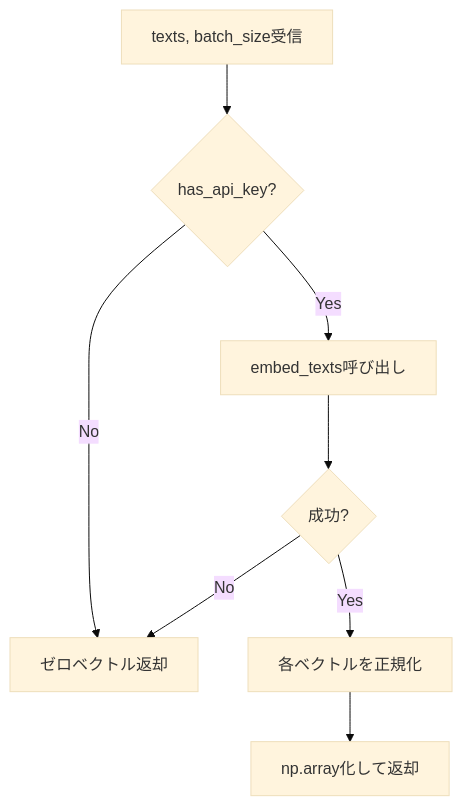
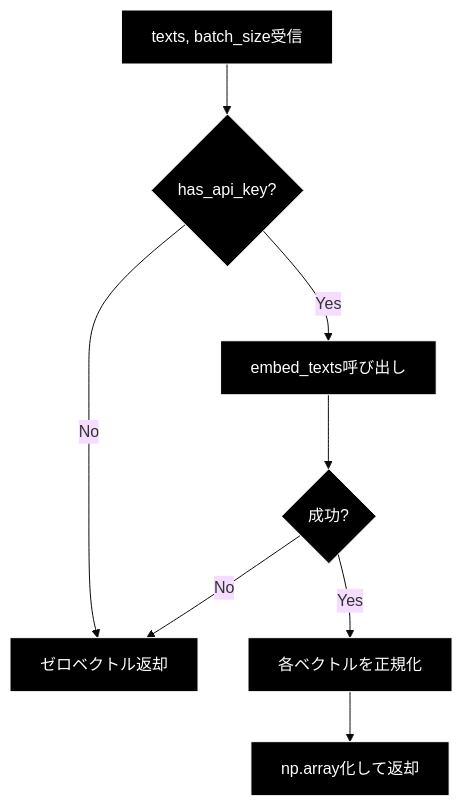
Before and after one commit to nakashima2toshio/grace_v2: the ninth of 10 diagrams in qa_generation/docs/semantic.md, drawn with Mermaid (base theme). The commit also changed other lines of this file and 3 other files, not shown here.

````diff
--- a/qa_generation/docs/semantic.md
+++ b/qa_generation/docs/semantic.md
@@ -355,10 +599,13 @@
 ```mermaid
 flowchart TD
     A[texts, batch_size受信] --> B{has_api_key?}
     B -->|No| C[ゼロベクトル返却]
     B -->|Yes| D[embed_texts呼び出し]
     D --> E{成功?}
     E -->|Yes| F[各ベクトルを正規化]
     F --> G[np.array化して返却]
     E -->|No| C
+classDef default fill:#000,stroke:#fff,color:#fff
+classDef subgraphStyle fill:#1a1a1a,stroke:#fff,color:#fff
+class A,B,C,D,E,F,G default
 ```
````
